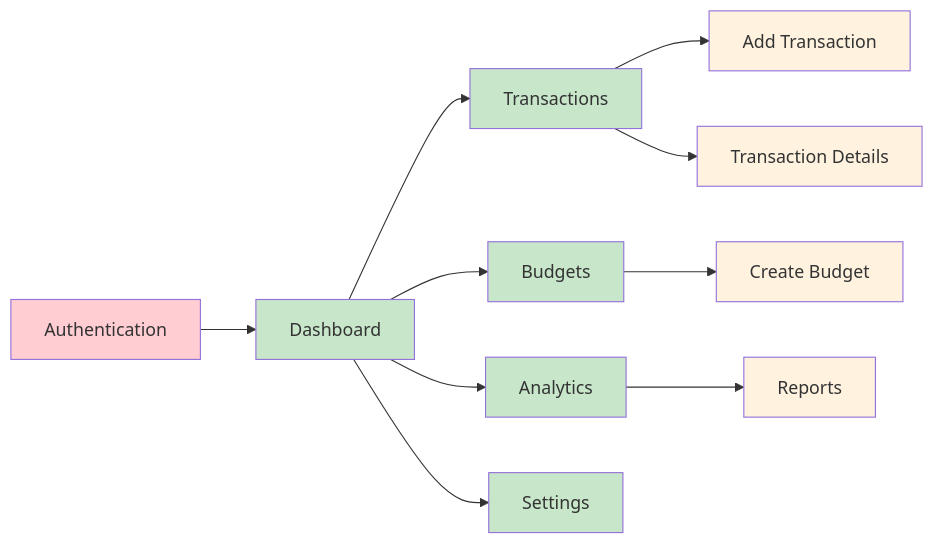
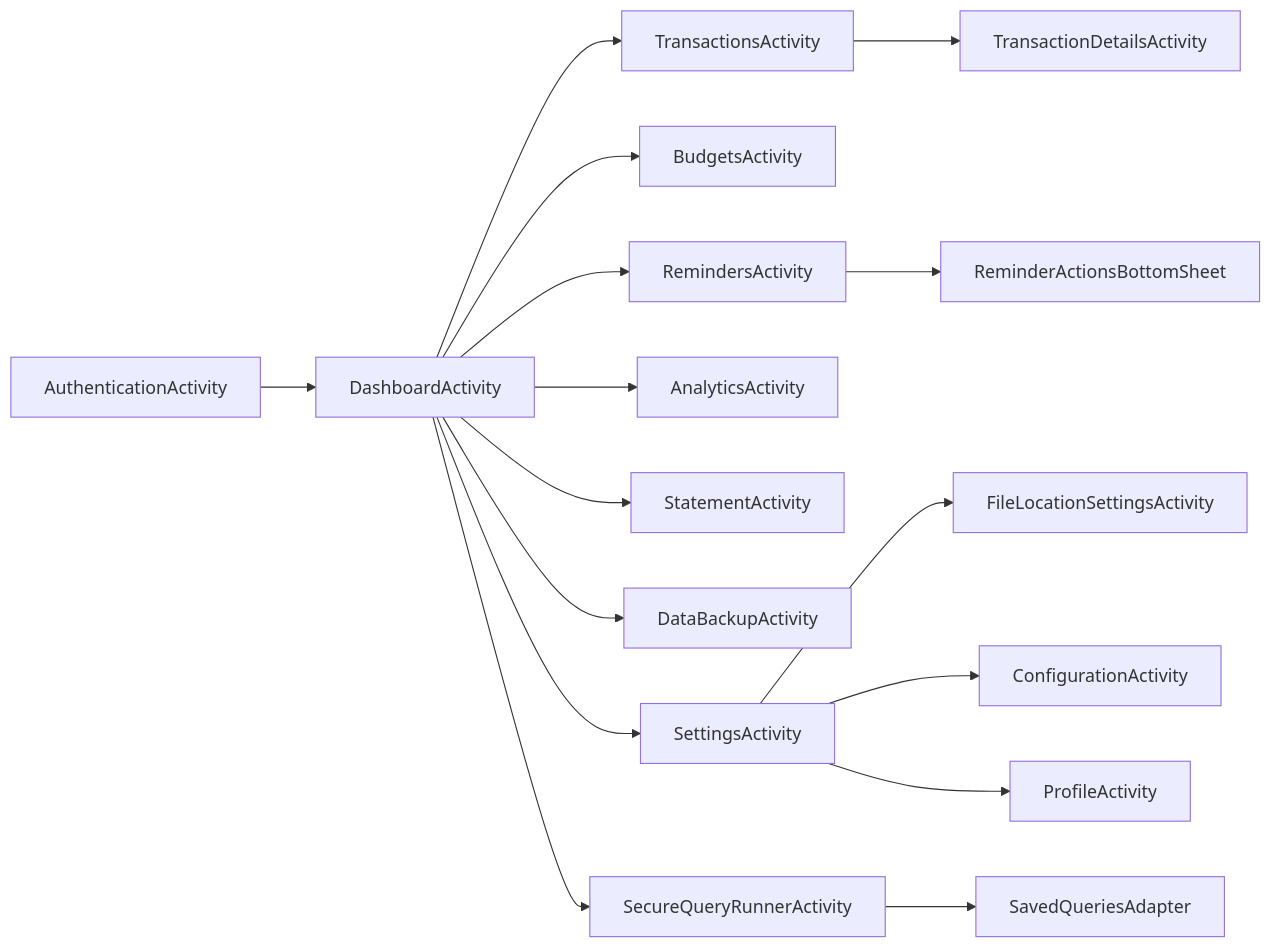
One commit to maurihimanshu/expenso-docs changed the third of 4 diagrams in README.md. Above: the diagram before and after it, drawn with Mermaid. The commit also changed other lines of this file and 7 other files, not shown here.

````diff
--- a/README.md
+++ b/README.md
@@ -161,21 +162,19 @@
 ```mermaid
 graph LR
-    A[Authentication] --> B[Dashboard]
-    B --> C[Transactions]
-    B --> D[Budgets]
-    B --> E[Analytics]
-    B --> F[Settings]
+    Auth[AuthenticationActivity] --> Dash[DashboardActivity]
+    Dash --> Txn[TransactionsActivity]
+    Dash --> Bud[BudgetsActivity]
+    Dash --> Rem[RemindersActivity]
+    Dash --> Ana[AnalyticsActivity]
+    Dash --> Stmt[StatementActivity]
+    Dash --> Backup[DataBackupActivity]
+    Dash --> Set[SettingsActivity]
+    Dash --> Query[SecureQueryRunnerActivity]
     
-    C --> G[Add Transaction]
-    C --> H[Transaction Details]
-    D --> I[Create Budget]
-    E --> J[Reports]
-    
-    classDef auth fill:#ffcdd2
-    classDef main fill:#c8e6c9
-    classDef detail fill:#fff3e0
-    
-    class A auth
-    class B,C,D,E,F main
-    class G,H,I,J detail
+    Txn --> TxnDetail[TransactionDetailsActivity]
+    Rem --> RemAction[ReminderActionsBottomSheet]
+    Set --> FileLoc[FileLocationSettingsActivity]
+    Set --> Conf[ConfigurationActivity]
+    Set --> Prof[ProfileActivity]
+    Query --> SavedQ[SavedQueriesAdapter]
 ```
````
